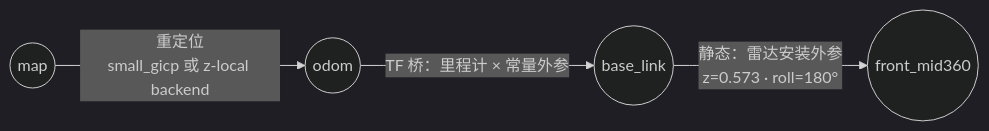
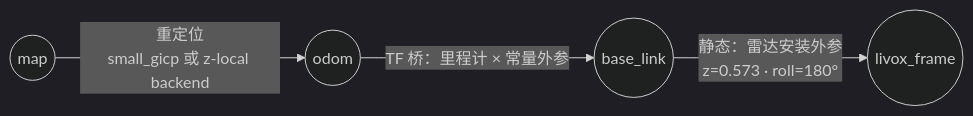
Before and after one commit to YD07-xyt/NavX: the second of 3 diagrams in docs/tf_simplification_plan.md, drawn with Mermaid (dark theme). The commit also changed other lines of this file and 9 other files, not shown here.

First line of the commit message:
refactor(tf): 雷达帧 front_mid360 统一为 livox_frame

````diff
--- a/docs/tf_simplification_plan.md
+++ b/docs/tf_simplification_plan.md
@@ -49,6 +49,6 @@
 ```mermaid
 graph LR
   map((map)) -->|"重定位<br/>small_gicp 或 z-local backend"| odom((odom))
   odom -->|"TF 桥：里程计 × 常量外参"| base_link((base_link))
-  base_link -->|"静态：雷达安装外参<br/>z=0.573 · roll=180°"| lidar((front_mid360))
+  base_link -->|"静态：雷达安装外参<br/>z=0.573 · roll=180°"| lidar((livox_frame))
 ```
````
